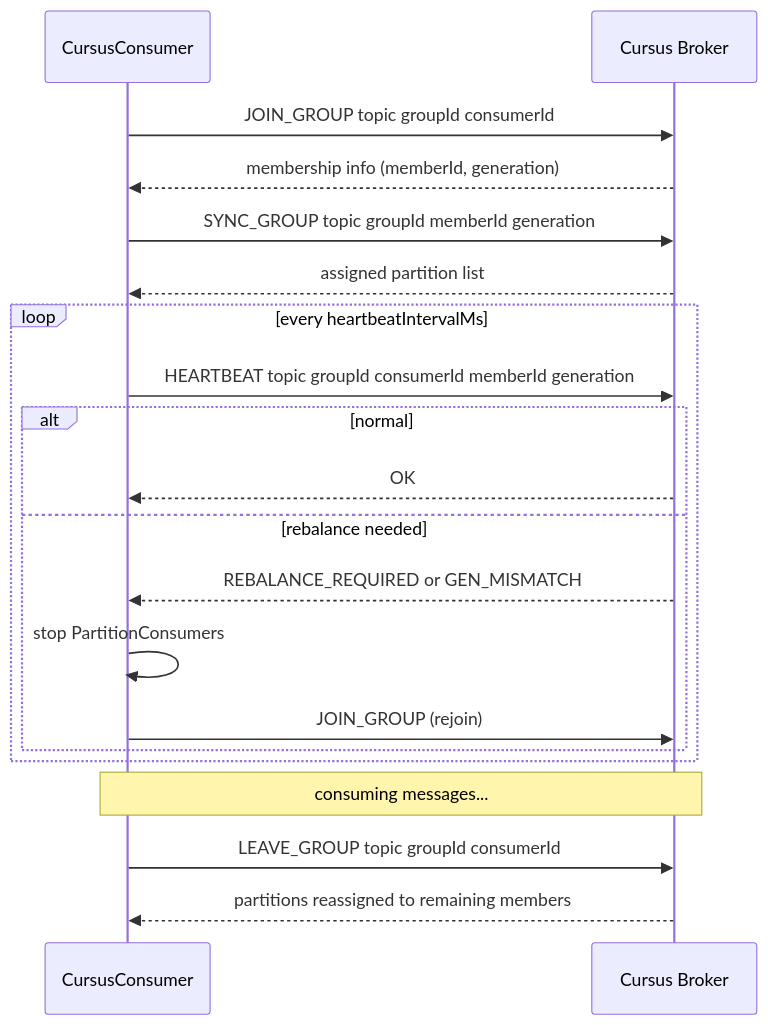
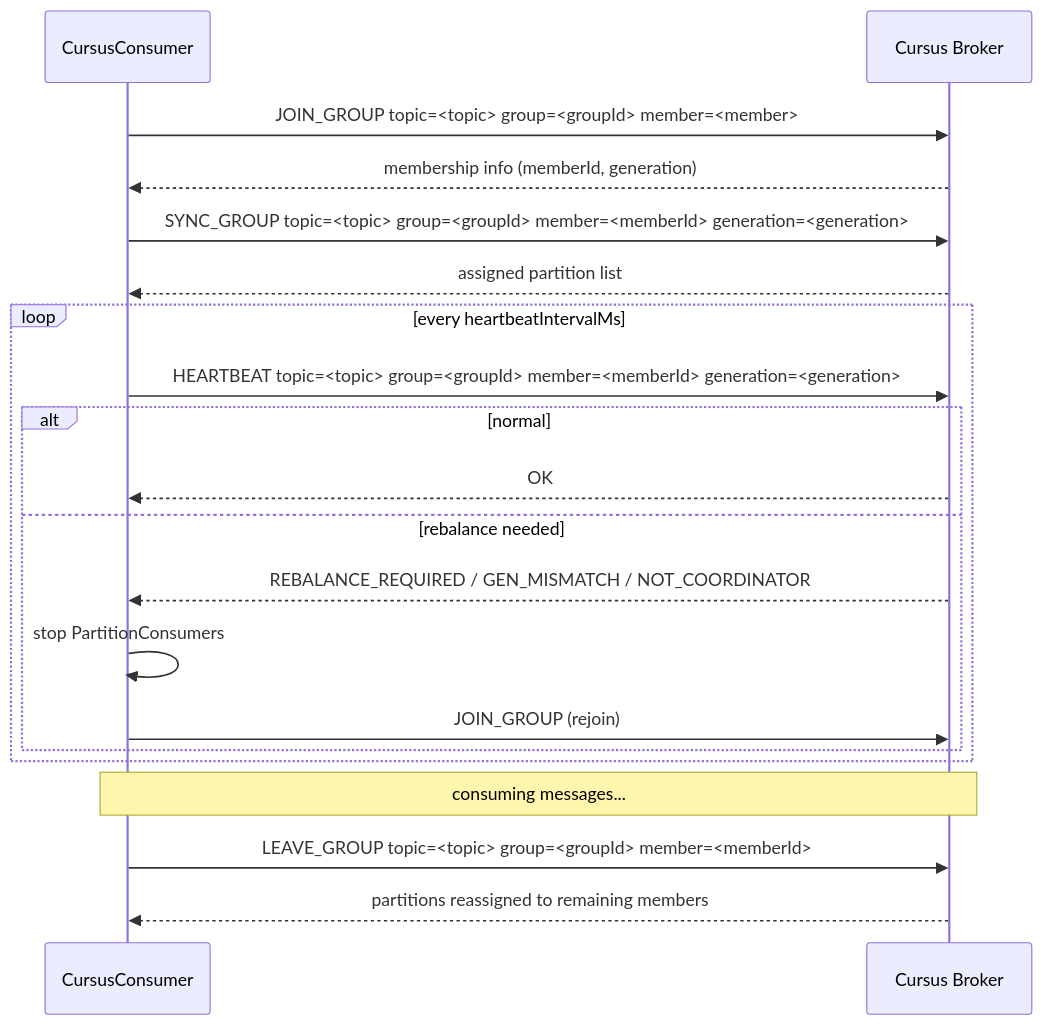
The second of 3 diagrams in docs/consumer-guide.md (cursus-io/cursus-java), drawn with Mermaid before and after one commit. The commit also changed other lines of this file and 27 other files, not shown here.

````diff
--- a/docs/consumer-guide.md
+++ b/docs/consumer-guide.md
@@ -98,27 +100,27 @@
 ```mermaid
 sequenceDiagram
     participant C as CursusConsumer
     participant B as Cursus Broker
 
-    C->>B: JOIN_GROUP topic groupId consumerId
+    C->>B: JOIN_GROUP topic=<topic> group=<groupId> member=<member>
     B-->>C: membership info (memberId, generation)
 
-    C->>B: SYNC_GROUP topic groupId memberId generation
+    C->>B: SYNC_GROUP topic=<topic> group=<groupId> member=<memberId> generation=<generation>
     B-->>C: assigned partition list
 
     loop every heartbeatIntervalMs
-        C->>B: HEARTBEAT topic groupId consumerId memberId generation
+        C->>B: HEARTBEAT topic=<topic> group=<groupId> member=<memberId> generation=<generation>
         alt normal
             B-->>C: OK
         else rebalance needed
-            B-->>C: REBALANCE_REQUIRED or GEN_MISMATCH
+            B-->>C: REBALANCE_REQUIRED / GEN_MISMATCH / NOT_COORDINATOR
             C->>C: stop PartitionConsumers
             C->>B: JOIN_GROUP (rejoin)
         end
     end
 
     Note over C,B: consuming messages...
 
-    C->>B: LEAVE_GROUP topic groupId consumerId
+    C->>B: LEAVE_GROUP topic=<topic> group=<groupId> member=<memberId>
     B-->>C: partitions reassigned to remaining members
 ```
````
